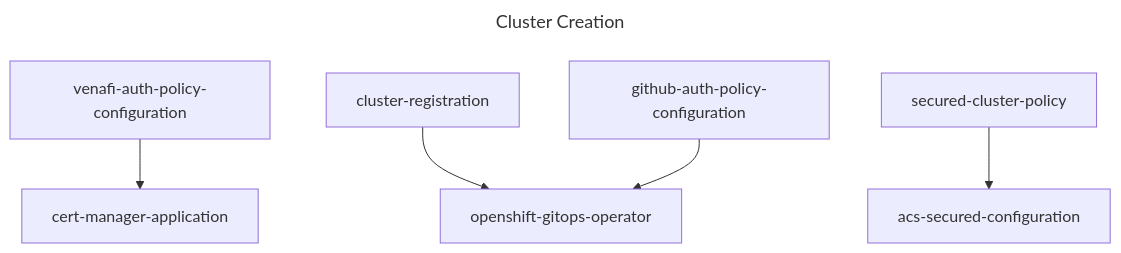
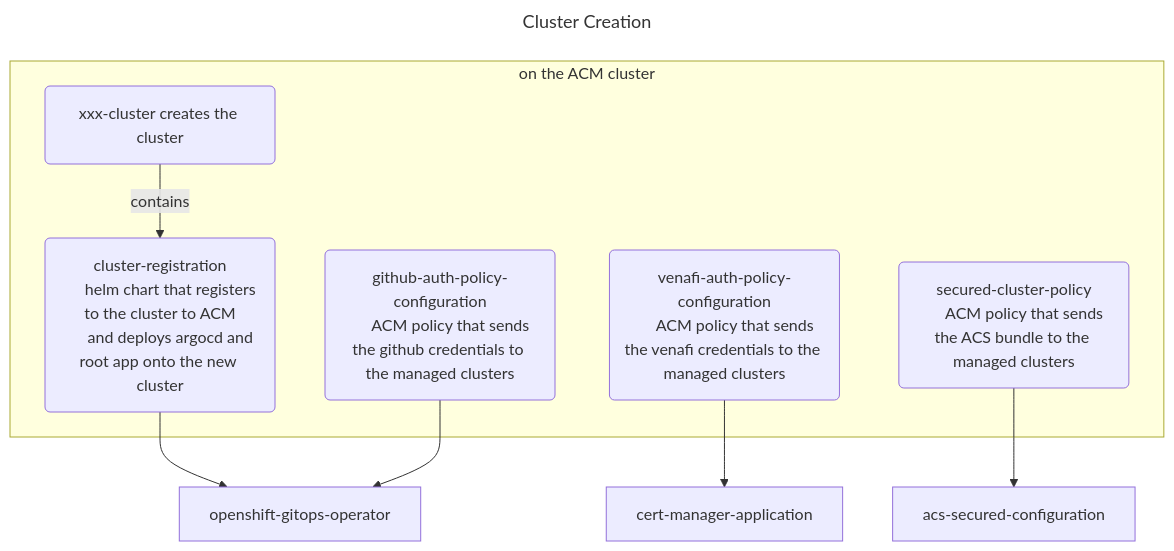
The diagram in test-mermaid/test-mermaid.build.md (mmwillingham/acm), drawn with Mermaid before and after one commit.

````diff
--- a/test-mermaid/test-mermaid.build.md
+++ b/test-mermaid/test-mermaid.build.md
@@ -2,10 +2,29 @@
 ```mermaid
 ---
 title: Cluster Creation
 ---
 flowchart TD
     venafi-auth-policy-configuration --> cert-manager-application
     cluster-registration --> openshift-gitops-operator
     github-auth-policy-configuration --> openshift-gitops-operator
     secured-cluster-policy --> acs-secured-configuration
+
+  subgraph "on the ACM cluster"
+    xxx-cluster(xxx-cluster creates the cluster) -- contains --> cluster-registration(cluster-registration
+      helm chart that registers to the cluster to ACM
+      and deploys argocd and root app onto the new cluster)
+    venafi-auth-policy-configuration(venafi-auth-policy-configuration
+      ACM policy that sends the venafi credentials to the managed clusters)
+    github-auth-policy-configuration(github-auth-policy-configuration
+      ACM policy that sends the github credentials to the managed clusters)
+    secured-cluster-policy(secured-cluster-policy
+      ACM policy that sends the ACS bundle to the managed clusters)
+  end
+
+
+
+
+
+
+
 ```
````
